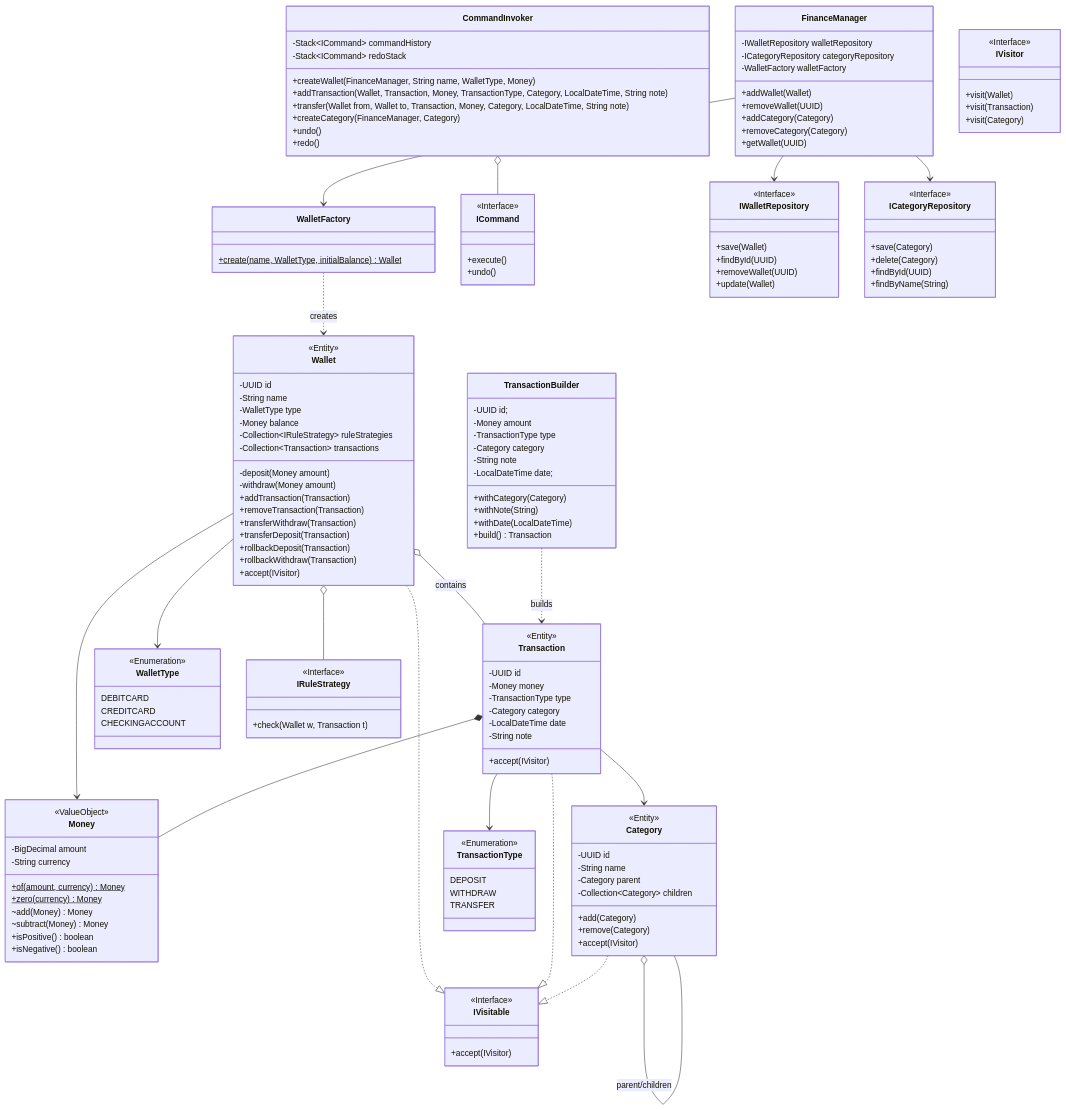
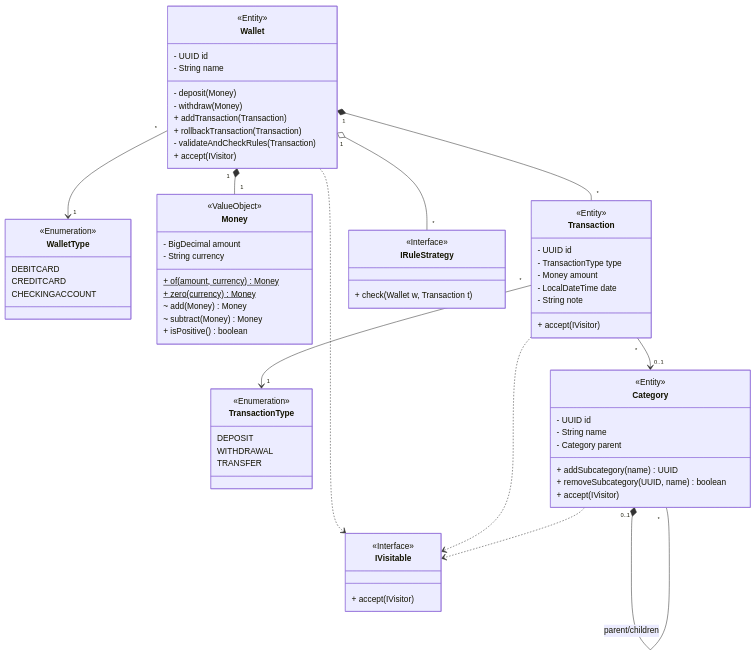
The first of 6 diagrams in README.md (simopugliese/java-clean-finance), drawn with Mermaid before and after one commit. The commit also changed other lines of this file and 1 other file, not shown here.

````diff
--- a/README.md
+++ b/README.md
@@ -106,60 +123,15 @@
 ```mermaid
 classDiagram
-%% =========================================================
-%% 1. CORE DOMAIN (Models & Values)
-%% =========================================================
-
-    class Money {
-        <<ValueObject>>
-        -BigDecimal amount
-        -String currency
-        +of(amount, currency) Money$
-        +zero(currency) Money$
-        ~add(Money) Money
-        ~subtract(Money) Money
-        +isPositive() boolean
-        +isNegative() boolean
-    }
-
-    class Wallet {
-        <<Entity>>
-        -UUID id
-        -String name
-        -WalletType type
-        -Money balance
-        -Collection~IRuleStrategy~ ruleStrategies
-        -Collection~Transaction~ transactions
-        -deposit(Money amount)
-        -withdraw(Money amount)
-        +addTransaction(Transaction)
-        +removeTransaction(Transaction)
-        +transferWithdraw(Transaction)
-        +transferDeposit(Transaction)
-        +rollbackDeposit(Transaction)
-        +rollbackWithdraw(Transaction)
-        +accept(IVisitor)
-    }
-
-    class Transaction {
-        <<Entity>>
-        -UUID id
-        -Money money
-        -TransactionType type
-        -Category category
-        -LocalDateTime date
-        -String note
-        +accept(IVisitor)
-    }
-
-    class Category {
-        <<Entity>>
-        -UUID id
-        -String name
-        -Category parent
-        -Collection~Category~ children
-        +add(Category)
-        +remove(Category)
-        +accept(IVisitor)
+    class Wallet{
+    <<Entity>>
+    - UUID id
+    - String name
+    - deposit(Money)
+    - withdraw(Money)
+    + addTransaction(Transaction)
+    + rollbackTransaction(Transaction)
+    - validateAndCheckRules(Transaction)
+    + accept(IVisitor)
     }
 
     class WalletType {
@@ -169,135 +141,68 @@
         CHECKINGACCOUNT
     }
 
+    class Money {
+        <<ValueObject>>
+        - BigDecimal amount
+        - String currency
+        + of(amount, currency) Money $
+        + zero(currency) Money $
+        ~ add(Money) Money
+        ~ subtract(Money) Money
+        + isPositive() boolean
+    }
+
+    class Transaction {
+        <<Entity>>
+        - UUID id
+        - TransactionType type
+        - Money amount
+        - LocalDateTime date
+        - String note
+        + accept(IVisitor)
+    }
+    
     class TransactionType {
         <<Enumeration>>
         DEPOSIT
-        WITHDRAW
+        WITHDRAWAL
         TRANSFER
     }
 
-%% Relazioni Core
-    Wallet --> Money
-    Wallet o-- Transaction : contains
-    Wallet --> WalletType
-    Wallet ..|> IVisitable
-
-    Transaction *-- Money
-    Transaction --> TransactionType
-    Transaction --> Category
-    Transaction ..|> IVisitable
-
-    Category o-- Category : parent/children
-    Category ..|> IVisitable
-
-%% =========================================================
-%% 2. STRATEGY PATTERN (Business Rules)
-%% =========================================================
+    class Category {
+        <<Entity>>
+        - UUID id
+        - String name
+        - Category parent
+        + addSubcategory(name) UUID
+        + removeSubcategory(UUID, name) boolean
+        + accept(IVisitor)
+    }
 
     class IRuleStrategy {
         <<Interface>>
-        +check(Wallet w, Transaction t)
+        + check(Wallet w, Transaction t)
     }
 
-    Wallet o-- IRuleStrategy
+    Wallet "*" --> "1" WalletType
+    Wallet "1" *-- "1" Money
+    Wallet "1" *-- "*" Transaction
+    Wallet "1" o-- "*" IRuleStrategy
+    Wallet ..> IVisitable
 
-%% =========================================================
-%% 3. FACTORY & BUILDER
-%% =========================================================
+    Transaction "*" --> "0..1" Category
+    Transaction "*" --> "1" TransactionType
+    Transaction ..> IVisitable
 
-    class WalletFactory {
-        +create(name, WalletType, initialBalance) Wallet$
-    }
+    Category "0..1" *-- "*" Category : parent/children
+    Category ..> IVisitable
 
-    class TransactionBuilder {
-        -UUID id;
-        -Money amount
-        -TransactionType type
-        -Category category
-        -String note
-        -LocalDateTime date;
-        +withCategory(Category)
-        +withNote(String)
-        +withDate(LocalDateTime)
-        +build() Transaction
-    }
-
-    WalletFactory ..> Wallet : creates
-    TransactionBuilder ..> Transaction : builds
-
-%% =========================================================
-%% 4. APPLICATION LAYER (Manager & Commands)
-%% =========================================================
-
-    class FinanceManager {
-        -IWalletRepository walletRepository
-        -ICategoryRepository categoryRepository
-        -WalletFactory walletFactory
-        +addWallet(Wallet)
-        +removeWallet(UUID)
-        +addCategory(Category)
-        +removeCategory(Category)
-        +getWallet(UUID)
-    }
-
-    class CommandInvoker {
-        -Stack~ICommand~ commandHistory
-        -Stack~ICommand~ redoStack
-        +createWallet(FinanceManager, String name, WalletType, Money)
-        +addTransaction(Wallet, Transaction, Money, TransactionType, Category, LocalDateTime, String note)
-        +transfer(Wallet from, Wallet to, Transaction, Money, Category, LocalDateTime, String note)
-        +createCategory(FinanceManager, Category)
-        +undo()
-        +redo()
-    }
-
-    class ICommand {
-        <<Interface>>
-        +execute()
-        +undo()
-    }
-
-%% Relazioni Command
-    CommandInvoker o-- ICommand
-
-
-%% =========================================================
-%% 5. PORTS & ADAPTERS (Repository & Persistence)
-%% =========================================================
-
-    class IWalletRepository {
-        <<Interface>>
-        +save(Wallet)
-        +findById(UUID)
-        +removeWallet(UUID)
-        +update(Wallet)
-    }
-
-    class ICategoryRepository {
-        <<Interface>>
-        +save(Category)
-        +delete(Category)
-        +findById(UUID)
-        +findByName(String)
-    }
-
-    FinanceManager --> IWalletRepository
-    FinanceManager --> ICategoryRepository
-    FinanceManager --> WalletFactory
-
-%% =========================================================
-%% 6. VISITOR PATTERN
-%% =========================================================
-
-    class IVisitor {
-        <<Interface>>
-        +visit(Wallet)
-        +visit(Transaction)
-        +visit(Category)
-    }
+    %% =======================================
+    %% Visitor
+    %% =======================================
 
     class IVisitable {
         <<Interface>>
-        +accept(IVisitor)
+        + accept(IVisitor)
     }
 ```
````
